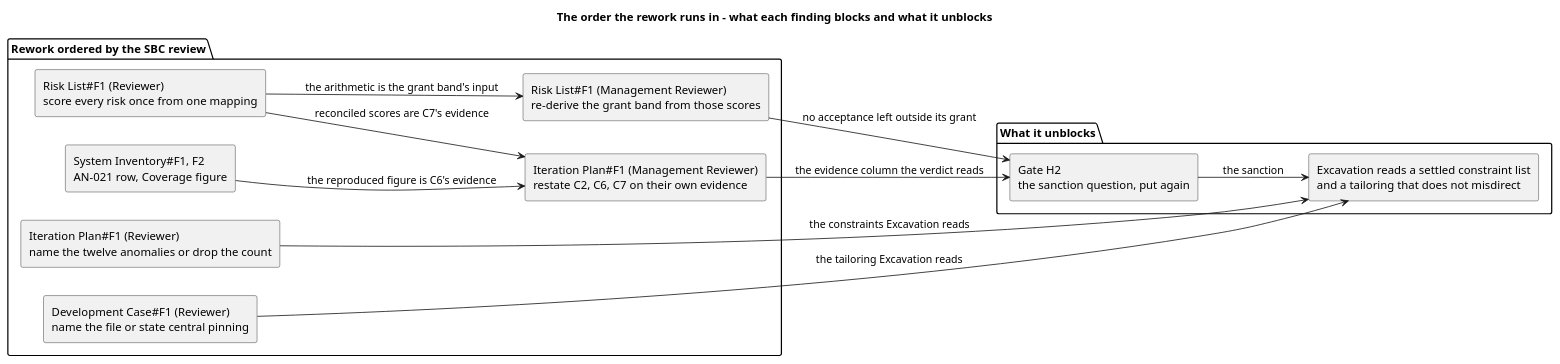
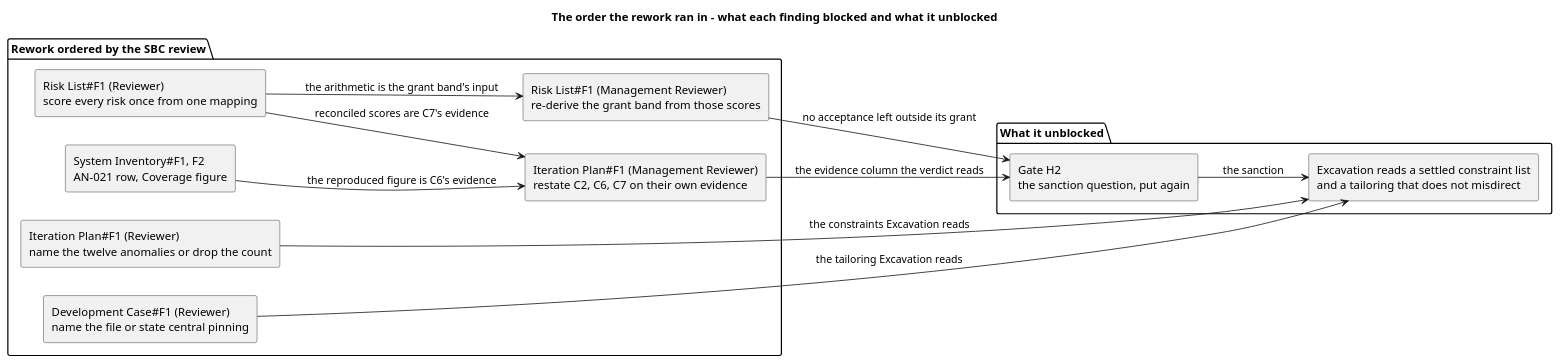
The third of 4 diagrams in docs/artifacts/project-management/iteration-plan.md (banense-test/TodoApp), drawn with PlantUML before and after one commit. The commit also changed other lines of this file, not shown here.

````diff
--- a/docs/artifacts/project-management/iteration-plan.md
+++ b/docs/artifacts/project-management/iteration-plan.md
@@ -165,32 +165,32 @@
 ```plantuml
 @startuml
-title The order the rework runs in - what each finding blocks and what it unblocks
+title The order the rework ran in - what each finding blocked and what it unblocked
 
 skinparam shadowing false
 left to right direction
 skinparam componentStyle rectangle
 
 package "Rework ordered by the SBC review" {
   component "Risk List#F1 (Reviewer)\nscore every risk once from one mapping" as RL1
   component "Risk List#F1 (Management Reviewer)\nre-derive the grant band from those scores" as RL2
   component "Iteration Plan#F1 (Management Reviewer)\nrestate C2, C6, C7 on their own evidence" as IP1
   component "Iteration Plan#F1 (Reviewer)\nname the twelve anomalies or drop the count" as IP2
   component "Development Case#F1 (Reviewer)\nname the file or state central pinning" as DC1
   component "System Inventory#F1, F2\nAN-021 row, Coverage figure" as SI1
 }
 
-package "What it unblocks" {
+package "What it unblocked" {
   component "Gate H2\nthe sanction question, put again" as H2
   component "Excavation reads a settled constraint list\nand a tailoring that does not misdirect" as EX
 }
 
 RL1 --> RL2 : the arithmetic is the grant band's input
 RL1 --> IP1 : reconciled scores are C7's evidence
 SI1 --> IP1 : the reproduced figure is C6's evidence
 IP2 --> EX : the constraints Excavation reads
 DC1 --> EX : the tailoring Excavation reads
 RL2 --> H2 : no acceptance left outside its grant
 IP1 --> H2 : the evidence column the verdict reads
 H2 --> EX : the sanction
 @enduml
 ```
````
